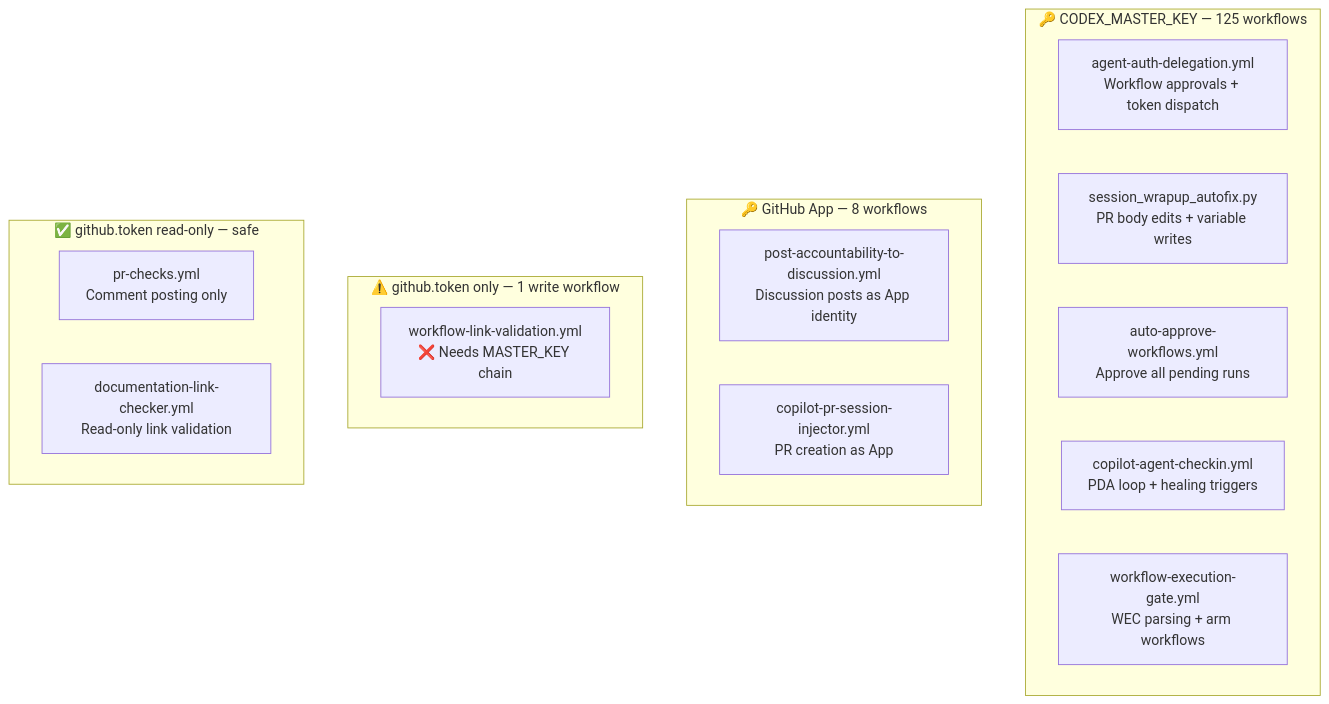
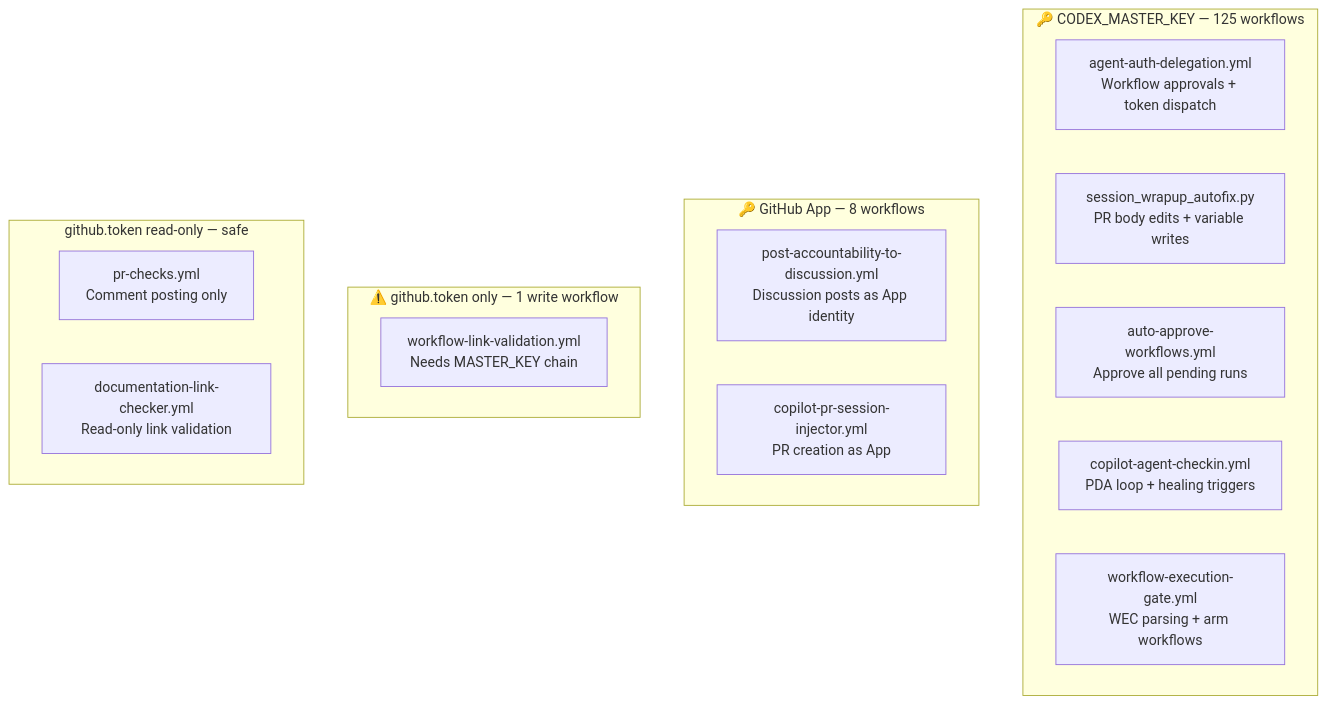
Before and after one commit to Aries-Serpent/_codex_: the first of 19 diagrams in docs/reference/ELEVATED_PRIVILEGES_TOKEN_REVIEW.md, drawn with Mermaid. The commit also changed other lines of this file and 2029 other files, not shown here.

````diff
--- a/docs/reference/ELEVATED_PRIVILEGES_TOKEN_REVIEW.md
+++ b/docs/reference/ELEVATED_PRIVILEGES_TOKEN_REVIEW.md
@@ -541,25 +543,25 @@
 ```mermaid
 %%{init: {'accessibility': {'title': 'Flowchart showing agent-auth-delegation.yml\nWorkflow approvals + token dispatch, session_wrapup_autofix.py\nPR body edits + variable writes'}}%%
 graph TD
     subgraph "🔑 CODEX_MASTER_KEY — 125 workflows"
         A[agent-auth-delegation.yml\nWorkflow approvals + token dispatch]
         B[session_wrapup_autofix.py\nPR body edits + variable writes]
         C[auto-approve-workflows.yml\nApprove all pending runs]
         D[copilot-agent-checkin.yml\nPDA loop + healing triggers]
         E[workflow-execution-gate.yml\nWEC parsing + arm workflows]
     end
 
     subgraph "🔑 GitHub App — 8 workflows"
         F[post-accountability-to-discussion.yml\nDiscussion posts as App identity]
         G[copilot-pr-session-injector.yml\nPR creation as App]
     end
 
     subgraph "⚠️ github.token only — 1 write workflow"
-        H[workflow-link-validation.yml\n❌ Needs MASTER_KEY chain]
+        H[workflow-link-validation.yml\n Needs MASTER_KEY chain]
     end
 
-    subgraph "✅ github.token read-only — safe"
+    subgraph " github.token read-only — safe"
         I[pr-checks.yml\nComment posting only]
         J[documentation-link-checker.yml\nRead-only link validation]
     end
 ```
````
